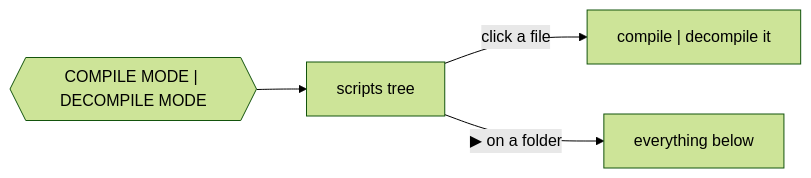
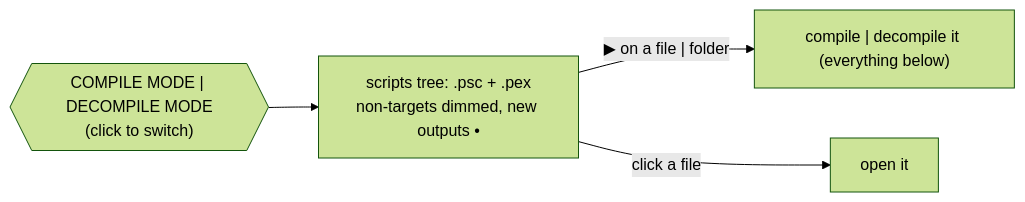
The diagram in readme.md (SARDONYX-sard/papyrus), drawn with Mermaid (forest theme) before and after one commit. The commit also changed other lines of this file and 13 other files, not shown here.

````diff
--- a/readme.md
+++ b/readme.md
@@ -41,6 +41,6 @@
 ```mermaid
 flowchart LR
-    mode{{"COMPILE MODE | DECOMPILE MODE"}} --> tree["scripts tree"]
-    tree -- "click a file" --> run["compile | decompile it"]
-    tree -- "▶ on a folder" --> all["everything below"]
+    mode{{"COMPILE MODE | DECOMPILE MODE<br/>(click to switch)"}} --> tree["scripts tree: .psc + .pex<br/>non-targets dimmed, new outputs •"]
+    tree -- "▶ on a file | folder" --> run["compile | decompile it (everything below)"]
+    tree -- "click a file" --> open["open it"]
 ```
````
